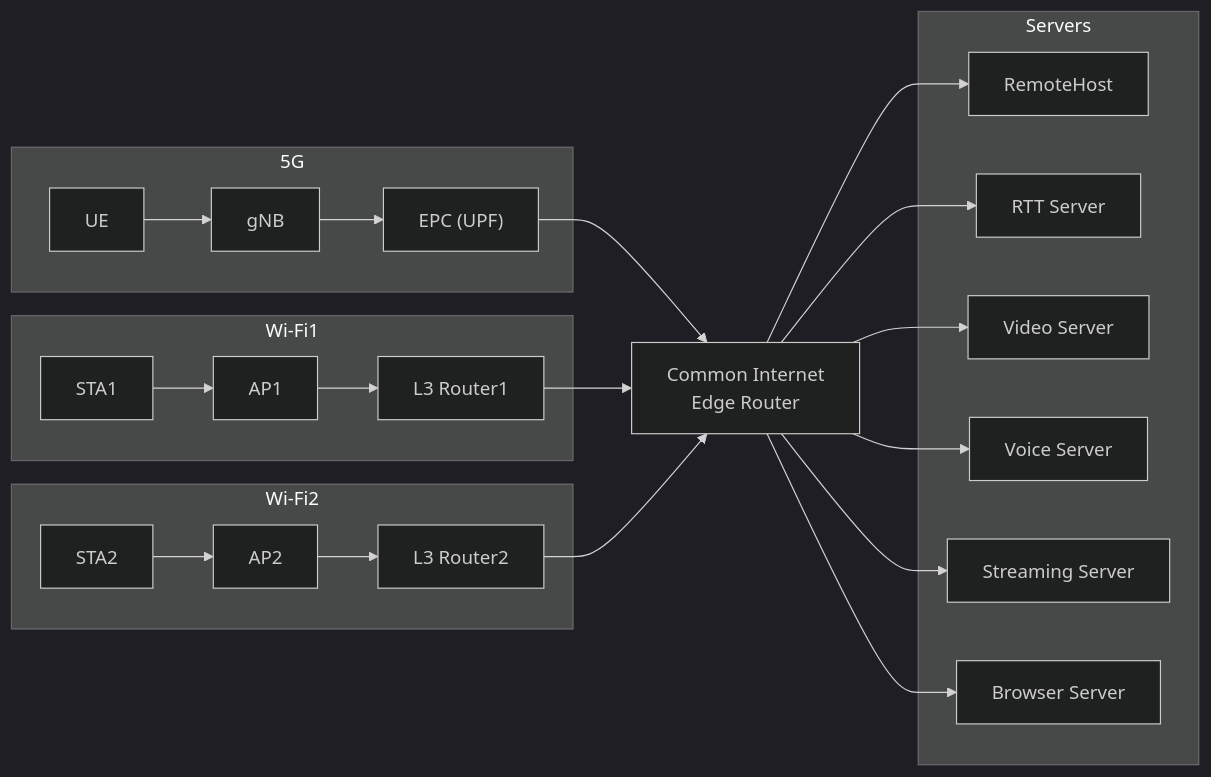
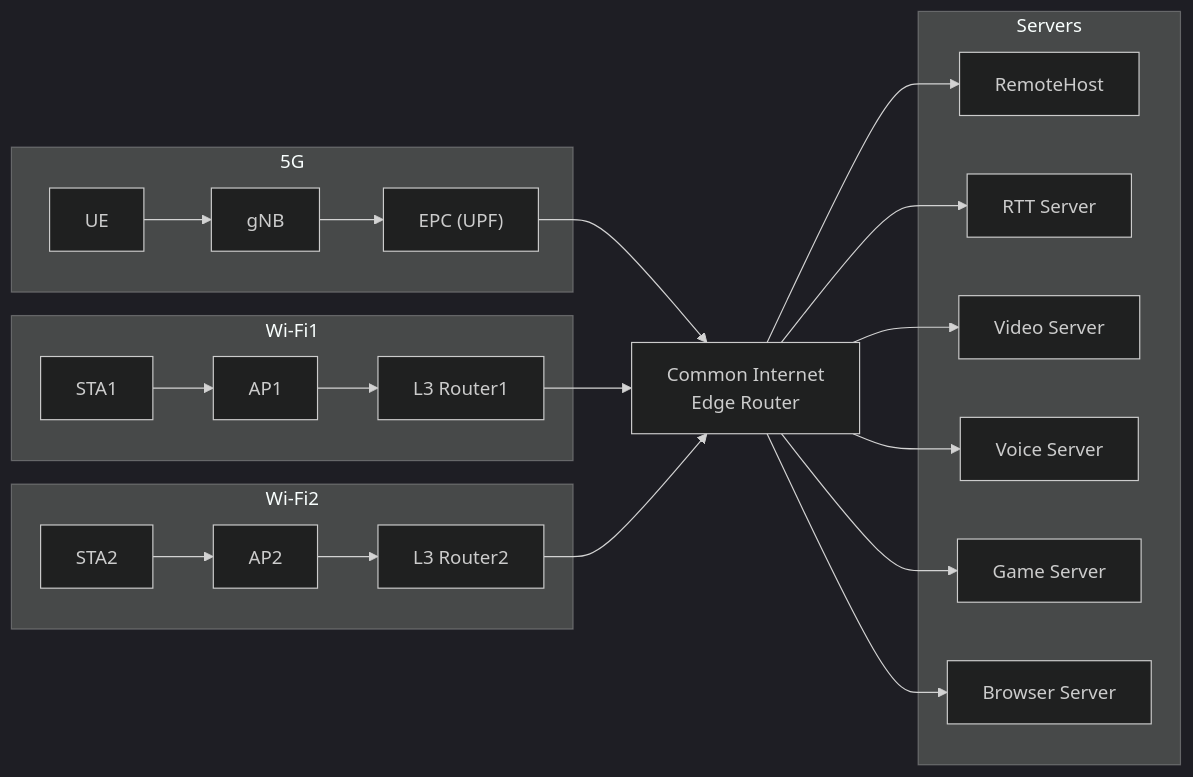
Before and after one commit to Sota-Okochi/ns-3.44: the diagram in README.md, drawn with Mermaid (dark theme). The commit also changed other lines of this file, not shown here.

Commit message:
READMEファイルの修正

````diff
--- a/README.md
+++ b/README.md
@@ -21,50 +21,50 @@
 ```mermaid
 flowchart LR
     %% --- Groups ---
     subgraph G5G["5G"]
         UE[UE]
         gNB[gNB]
         EPC["EPC (UPF)"]
         UE --> gNB
         gNB --> EPC
     end
 
     subgraph GWiFi1["Wi-Fi1"]
         STA1[STA1]
         AP1[AP1]
         L3R1["L3 Router1"]
         STA1 --> AP1
         AP1 --> L3R1
     end
 
     subgraph GWiFi2["Wi-Fi2"]
         STA2[STA2]
         AP2[AP2]
         L3R2["L3 Router2"]
         STA2 --> AP2
         AP2 --> L3R2
     end
 
     subgraph Servers["Servers"]
         RH[RemoteHost]
         RTT["RTT Server"]
         VID["Video Server"]
         VOI["Voice Server"]
-        STR["Streaming Server"]
+        GAM["Game Server"]
         BRW["Browser Server"]
     end
 
     %% --- Core Edge ---
     CER["Common Internet<br/>Edge Router"]
     EPC --> CER
     L3R1 --> CER
     L3R2 --> CER
 
     %% --- Fan-out to servers ---
     CER --> RH
     CER --> RTT
     CER --> VID
     CER --> VOI
-    CER --> STR
+    CER --> GAM
     CER --> BRW
 ```
````
